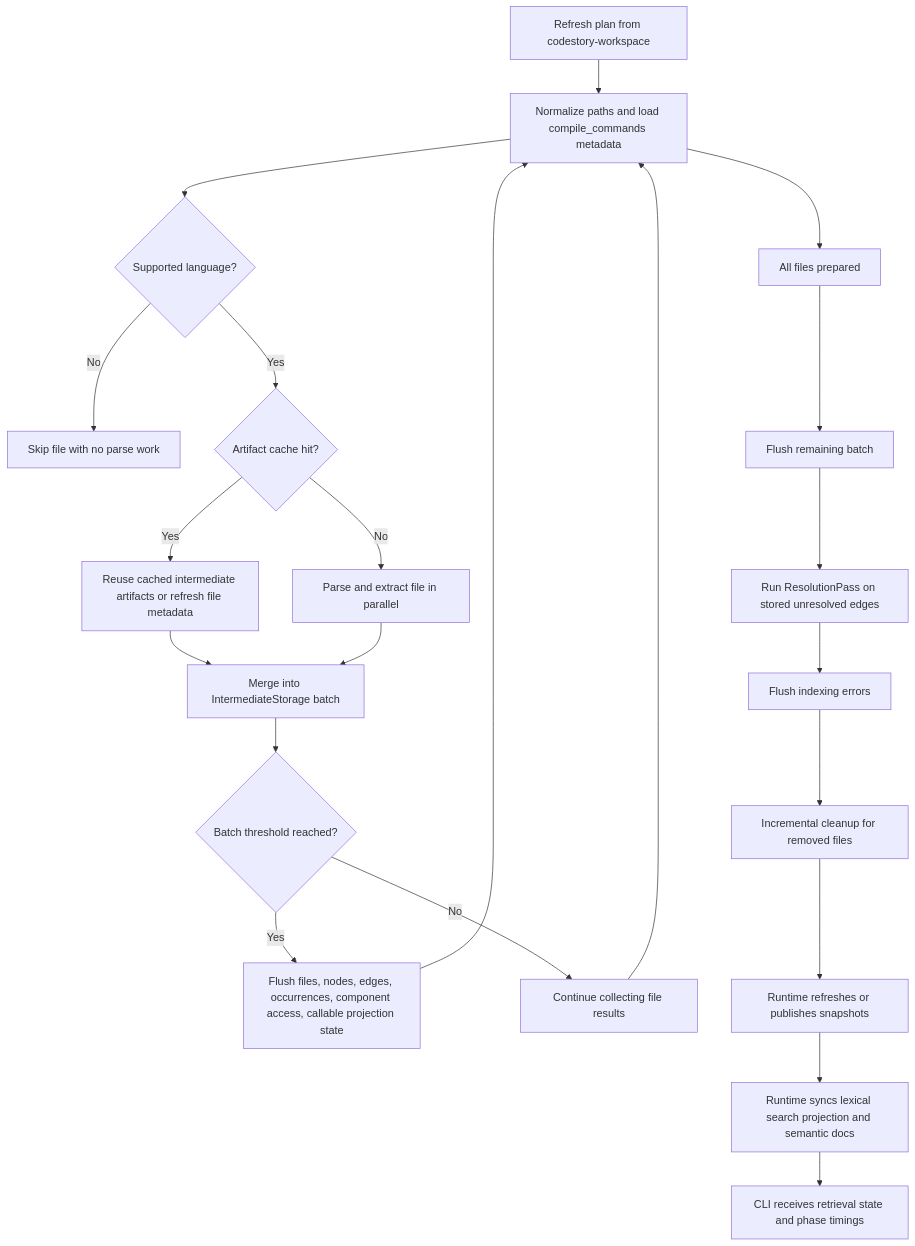
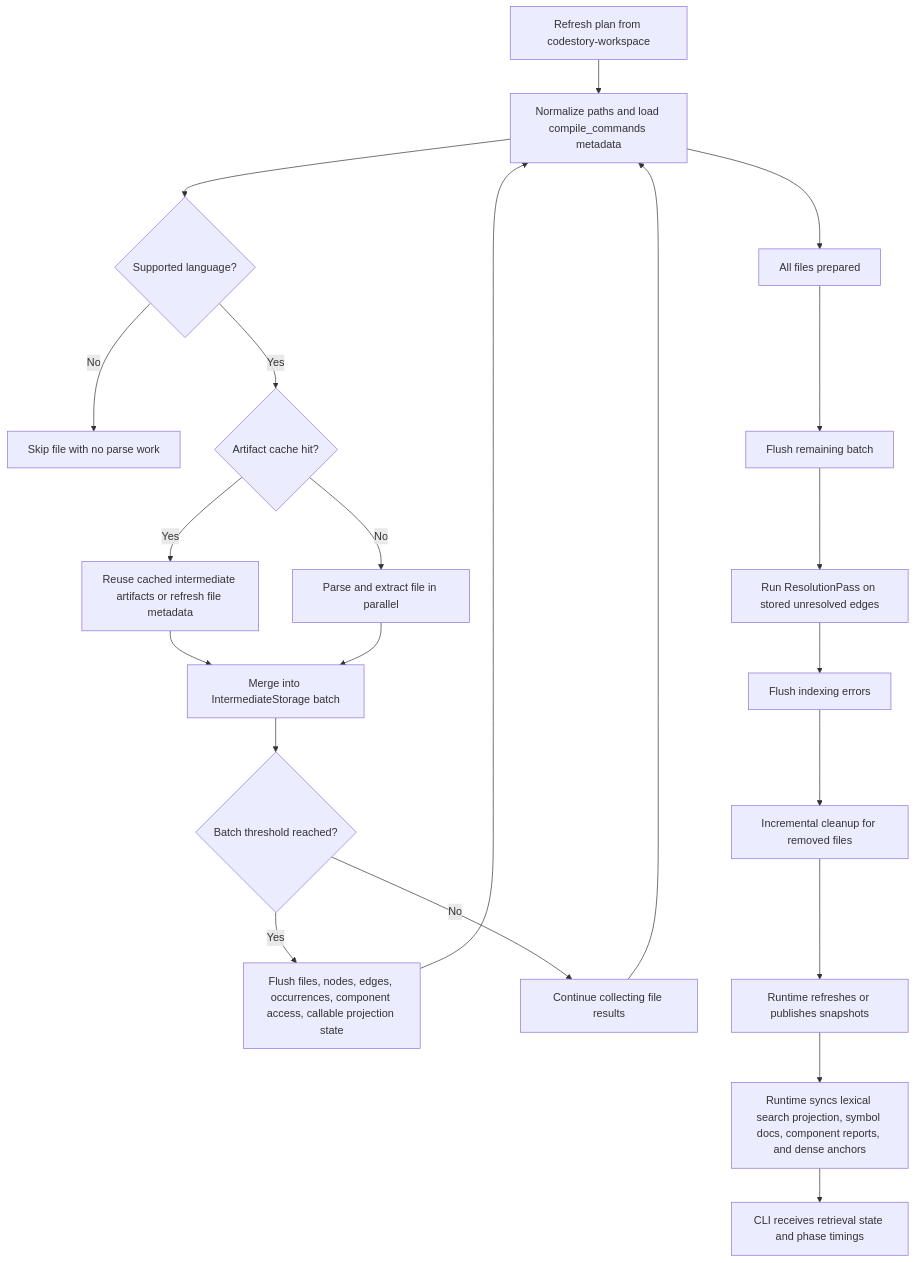
One commit to TheGreenCedar/CodeStory changed the second of 2 diagrams in docs/architecture/indexing-pipeline.md. Above: the diagram before and after it, drawn with Mermaid. The commit also changed other lines of this file and 65 other files, not shown here.

````diff
--- a/docs/architecture/indexing-pipeline.md
+++ b/docs/architecture/indexing-pipeline.md
@@ -46,24 +46,24 @@
 ```mermaid
 flowchart TD
     plan["Refresh plan from codestory-workspace"] --> prep["Normalize paths and load compile_commands metadata"]
     prep --> supported{"Supported language?"}
     supported -->|"No"| skip["Skip file with no parse work"]
     supported -->|"Yes"| cache{"Artifact cache hit?"}
     cache -->|"Yes"| reuse["Reuse cached intermediate artifacts or refresh file metadata"]
     cache -->|"No"| parse["Parse and extract file in parallel"]
     reuse --> merge["Merge into IntermediateStorage batch"]
     parse --> merge
     merge --> flush{"Batch threshold reached?"}
     flush -->|"Yes"| write["Flush files, nodes, edges, occurrences, component access, callable projection state"]
     flush -->|"No"| more["Continue collecting file results"]
     more --> prep
     write --> prep
     prep --> done["All files prepared"]
     done --> finalflush["Flush remaining batch"]
     finalflush --> resolve["Run ResolutionPass on stored unresolved edges"]
     resolve --> errors["Flush indexing errors"]
     errors --> cleanup["Incremental cleanup for removed files"]
     cleanup --> snapshots["Runtime refreshes or publishes snapshots"]
-    snapshots --> semantic["Runtime syncs lexical search projection and semantic docs"]
+    snapshots --> semantic["Runtime syncs lexical search projection, symbol docs, component reports, and dense anchors"]
     semantic --> summary["CLI receives retrieval state and phase timings"]
 ```
````
